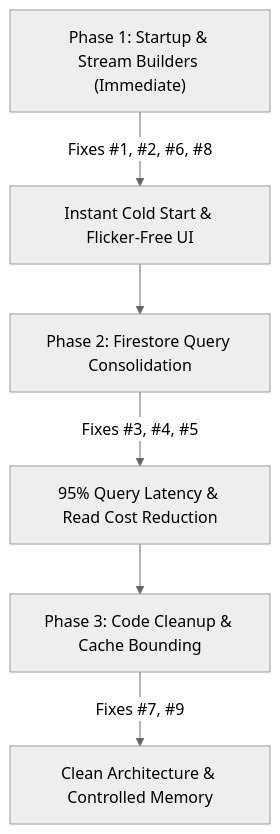
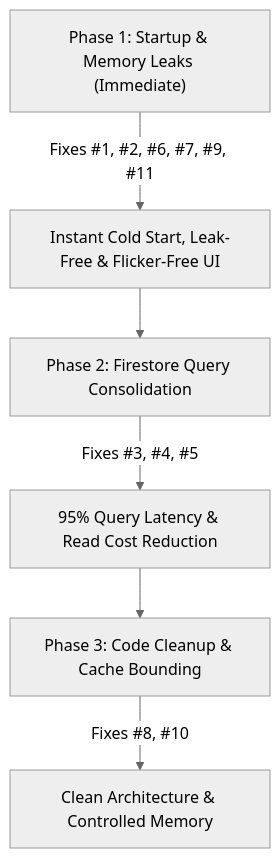
The diagram in PERFORMANCE_REPORT.md (PandeyUpendra/school-attendance-app), drawn with Mermaid (neutral theme) before and after one commit. The commit also changed other lines of this file and 4 other files, not shown here.

````diff
--- a/PERFORMANCE_REPORT.md
+++ b/PERFORMANCE_REPORT.md
@@ -287,8 +337,8 @@
 ```mermaid
 graph TD
-    A["Phase 1: Startup & Stream Builders (Immediate)"] -->|Fixes #1, #2, #6, #8| B["Instant Cold Start & Flicker-Free UI"]
+    A["Phase 1: Startup & Memory Leaks (Immediate)"] -->|Fixes #1, #2, #6, #7, #9, #11| B["Instant Cold Start, Leak-Free & Flicker-Free UI"]
     B --> C["Phase 2: Firestore Query Consolidation"]
     C -->|Fixes #3, #4, #5| D["95% Query Latency & Read Cost Reduction"]
     D --> E["Phase 3: Code Cleanup & Cache Bounding"]
-    E -->|Fixes #7, #9| F["Clean Architecture & Controlled Memory"]
+    E -->|Fixes #8, #10| F["Clean Architecture & Controlled Memory"]
 ```
````
